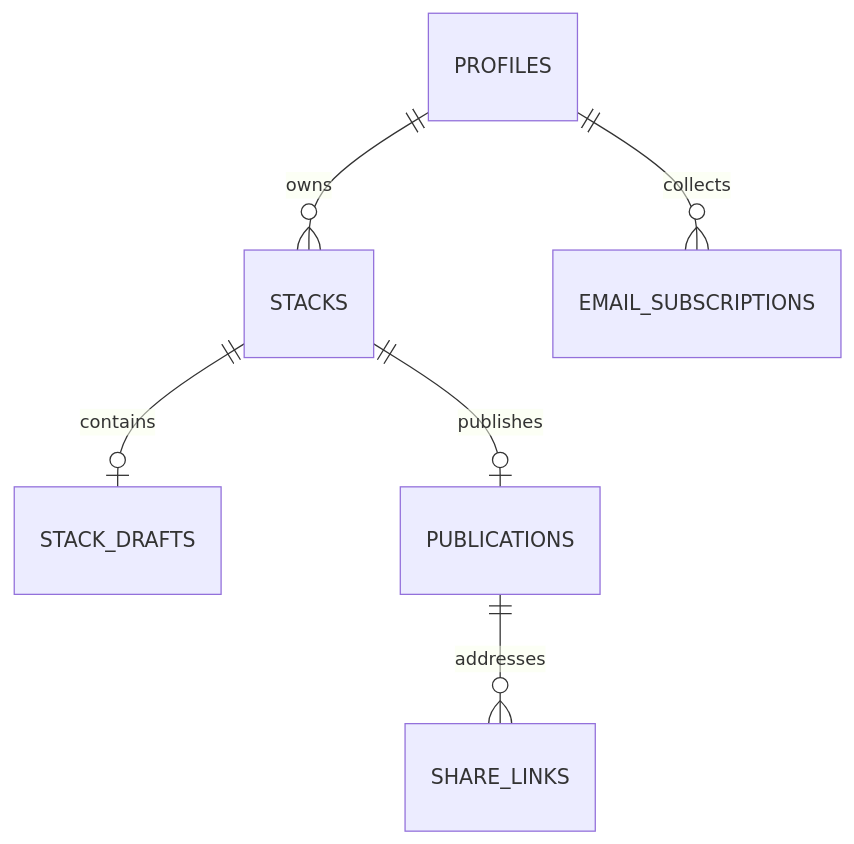
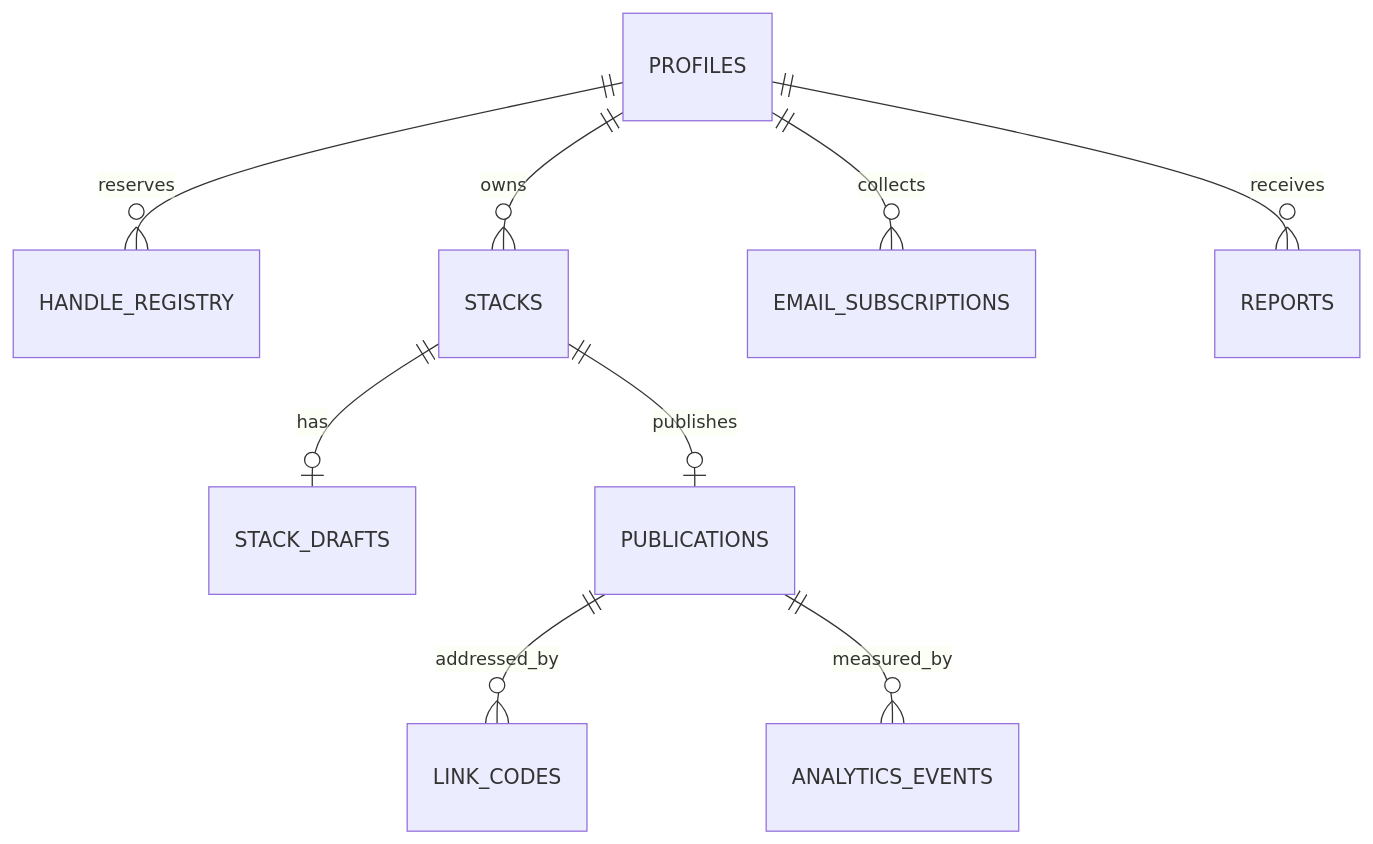
One commit to javoniehodge-code/projectlouie changed the diagram in docs/technical/data-model.md. Above: the diagram before and after it, drawn with Mermaid. The commit also changed other lines of this file, not shown here.

````diff
--- a/docs/technical/data-model.md
+++ b/docs/technical/data-model.md
@@ -38,8 +16,11 @@
 ```mermaid
 erDiagram
+    PROFILES ||--o{ HANDLE_REGISTRY : reserves
     PROFILES ||--o{ STACKS : owns
-    STACKS ||--o| STACK_DRAFTS : contains
+    STACKS ||--o| STACK_DRAFTS : has
     STACKS ||--o| PUBLICATIONS : publishes
-    PUBLICATIONS ||--o{ SHARE_LINKS : addresses
+    PUBLICATIONS ||--o{ LINK_CODES : addressed_by
+    PUBLICATIONS ||--o{ ANALYTICS_EVENTS : measured_by
     PROFILES ||--o{ EMAIL_SUBSCRIPTIONS : collects
+    PROFILES ||--o{ REPORTS : receives
 ```
````
